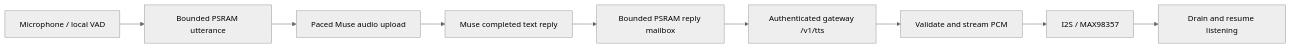
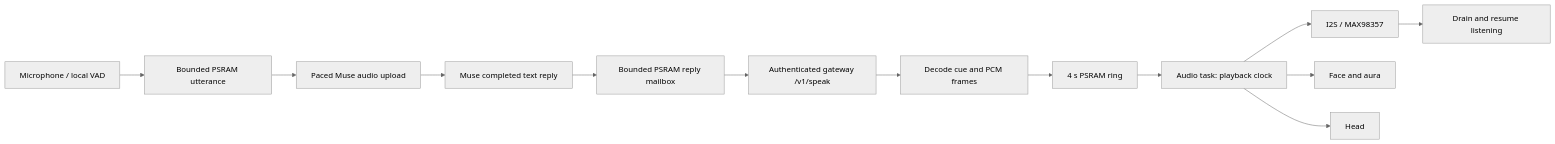
Before and after one commit to manuu-r/bunty: the diagram in firmware/VOICE.md, drawn with Mermaid (neutral theme). The commit also changed other lines of this file and 39 other files, not shown here.

First line of the commit message:
Sync speech, face, motion and pictures to one playback clock

````diff
--- a/firmware/VOICE.md
+++ b/firmware/VOICE.md
@@ -31,11 +31,15 @@
 ```mermaid
 flowchart LR
   Mic[Microphone / local VAD] --> Capture[Bounded PSRAM utterance]
   Capture --> Note[Paced Muse audio upload]
   Note --> Reply[Muse completed text reply]
   Reply --> Queue[Bounded PSRAM reply mailbox]
-  Queue --> TTS[Authenticated gateway /v1/tts]
-  TTS --> PCM[Validate and stream PCM]
-  PCM --> Speaker[I2S / MAX98357]
+  Queue --> Speak[Authenticated gateway /v1/speak]
+  Speak --> Frames[Decode cue and PCM frames]
+  Frames --> Ring[4 s PSRAM ring]
+  Ring --> Player[Audio task: playback clock]
+  Player --> Speaker[I2S / MAX98357]
+  Player --> Face[Face and aura]
+  Player --> Head[Head]
   Speaker --> Listen[Drain and resume listening]
 ```
````
